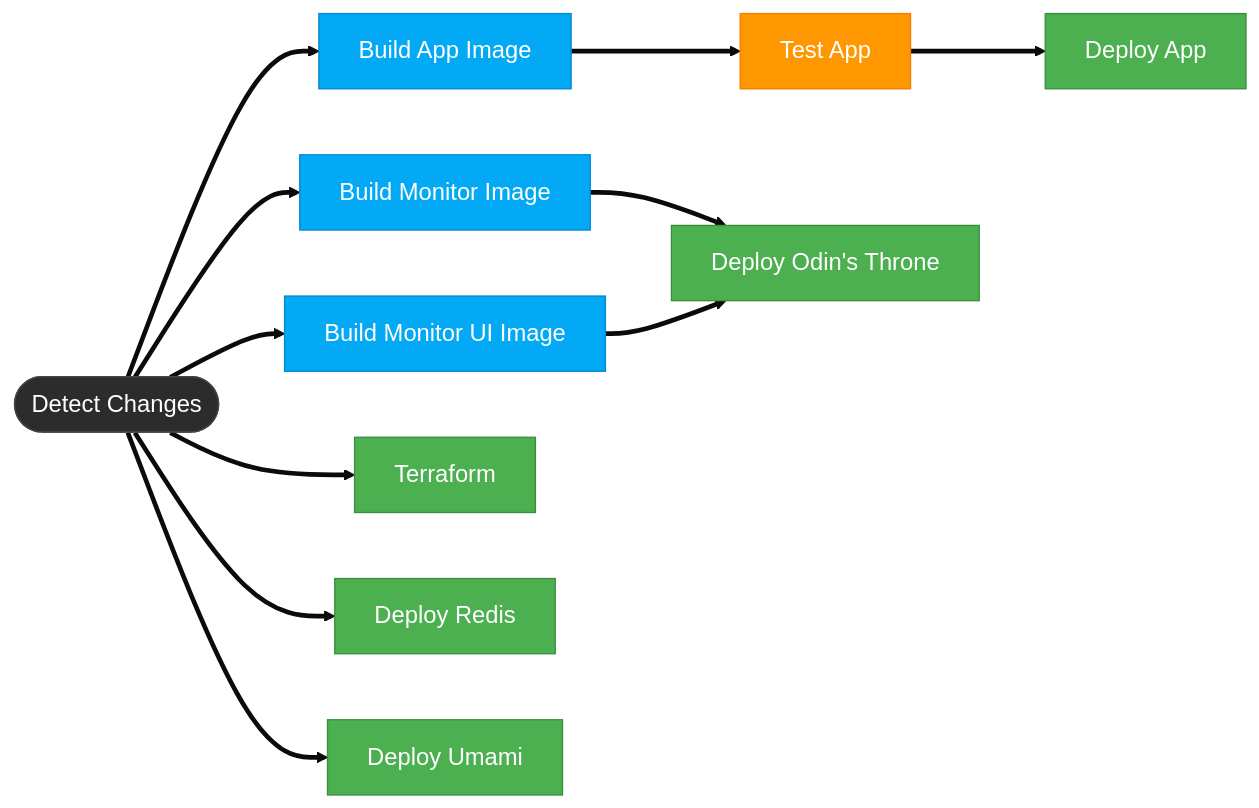
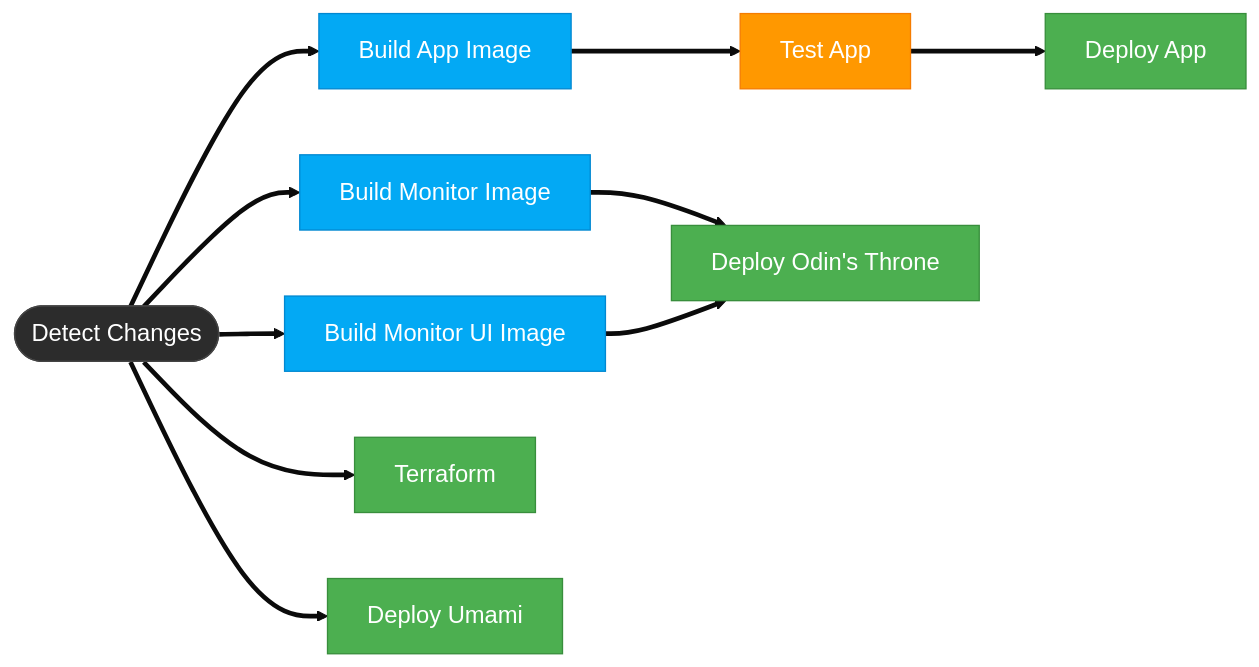
Before and after one commit to declanshanaghy/fenrir-ledger: the first of 6 diagrams in development/docs/github-workflows.md, drawn with Mermaid. The commit also changed other lines of this file and 11 other files, not shown here.

````diff
--- a/development/docs/github-workflows.md
+++ b/development/docs/github-workflows.md
@@ -9,26 +9,25 @@
 ```mermaid
 %%{init: {'theme': 'base', 'themeVariables': {'fontSize': '18px'}}}%%
 graph LR
     classDef primary fill:#03A9F4,stroke:#0288D1,color:#FFF
     classDef healthy fill:#4CAF50,stroke:#388E3C,color:#FFF
     classDef warning fill:#FF9800,stroke:#F57C00,color:#FFF
     classDef background fill:#2C2C2C,stroke:#444,color:#FFF
 
     detect([Detect Changes]) ==> build-app[Build App Image]
     detect ==> build-monitor[Build Monitor Image]
     detect ==> build-monitor-ui[Build Monitor UI Image]
     detect ==> terraform[Terraform]
-    detect ==> deploy-redis[Deploy Redis]
     detect ==> deploy-umami[Deploy Umami]
 
     build-app ==> test-app[Test App]
     test-app ==> deploy-app[Deploy App]
 
     build-monitor ==> deploy-odin[Deploy Odin's Throne]
     build-monitor-ui ==> deploy-odin
 
     class detect background
     class build-app,build-monitor,build-monitor-ui primary
     class test-app warning
-    class deploy-app,deploy-odin,deploy-redis,deploy-umami,terraform healthy
+    class deploy-app,deploy-odin,deploy-umami,terraform healthy
 ```
````
